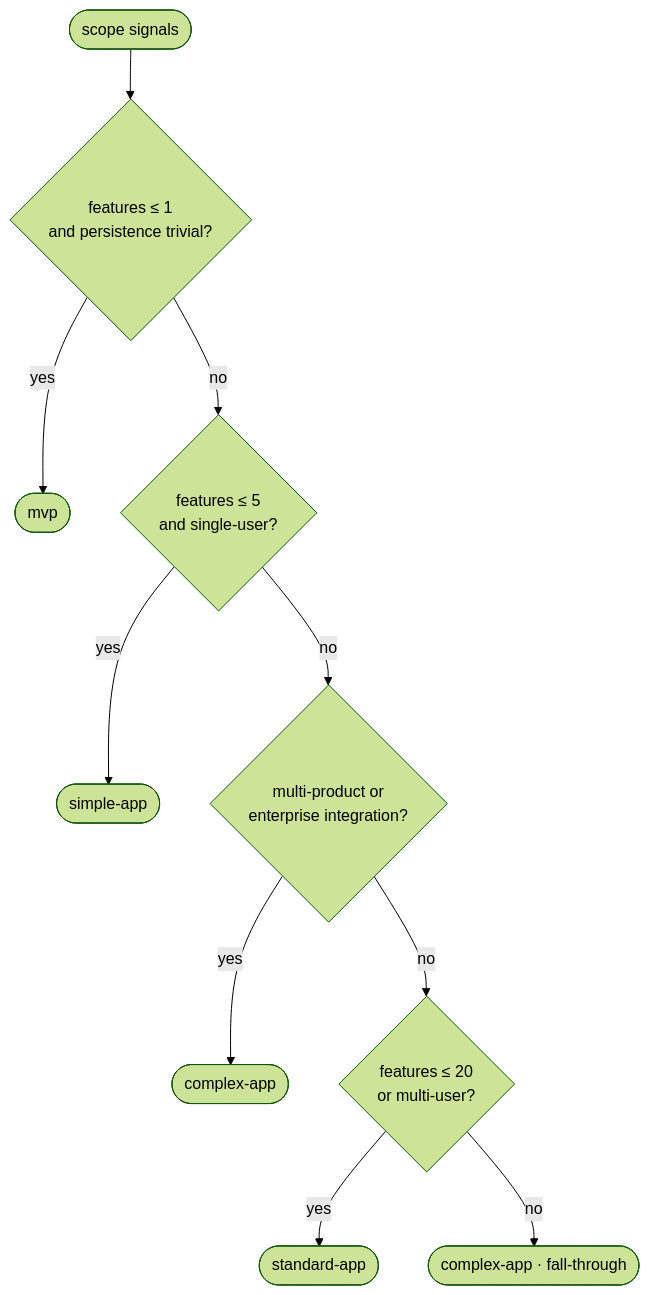
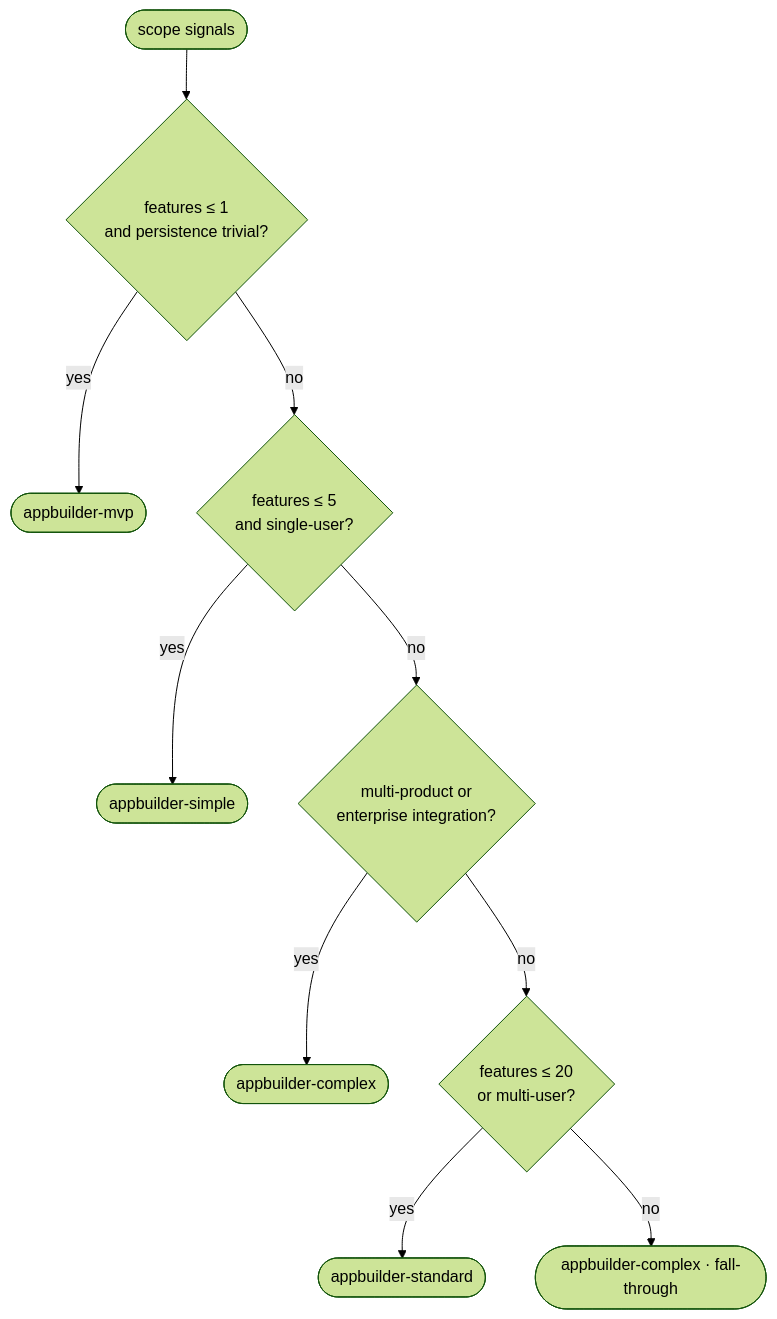
One commit to skaile-ai/ai-assets-skaileup changed the first of 4 diagrams in docs/src/content/docs/intro/tiers.mdx. Above: the diagram before and after it, drawn with Mermaid (forest theme). The commit also changed other lines of this file and 111 other files, not shown here.

First line of the commit message:
feat(flows): add impl-only flows + rename tiers to appbuilder-*

````diff
--- a/docs/src/content/docs/intro/tiers.mdx
+++ b/docs/src/content/docs/intro/tiers.mdx
@@ -41,12 +41,12 @@
 ```mermaid
 flowchart TD
   start([scope signals]) --> q1{"features ≤ 1<br/>and persistence trivial?"}
-  q1 -->|yes| mvp([mvp])
+  q1 -->|yes| appbuilder-mvp([appbuilder-mvp])
   q1 -->|no| q2{"features ≤ 5<br/>and single-user?"}
-  q2 -->|yes| simple([simple-app])
+  q2 -->|yes| simple([appbuilder-simple])
   q2 -->|no| q3{"multi-product or<br/>enterprise integration?"}
-  q3 -->|yes| complex([complex-app])
+  q3 -->|yes| complex([appbuilder-complex])
   q3 -->|no| q4{"features ≤ 20<br/>or multi-user?"}
-  q4 -->|yes| standard([standard-app])
-  q4 -->|no| complex2([complex-app · fall-through])
+  q4 -->|yes| standard([appbuilder-standard])
+  q4 -->|no| complex2([appbuilder-complex · fall-through])
 ```
````
